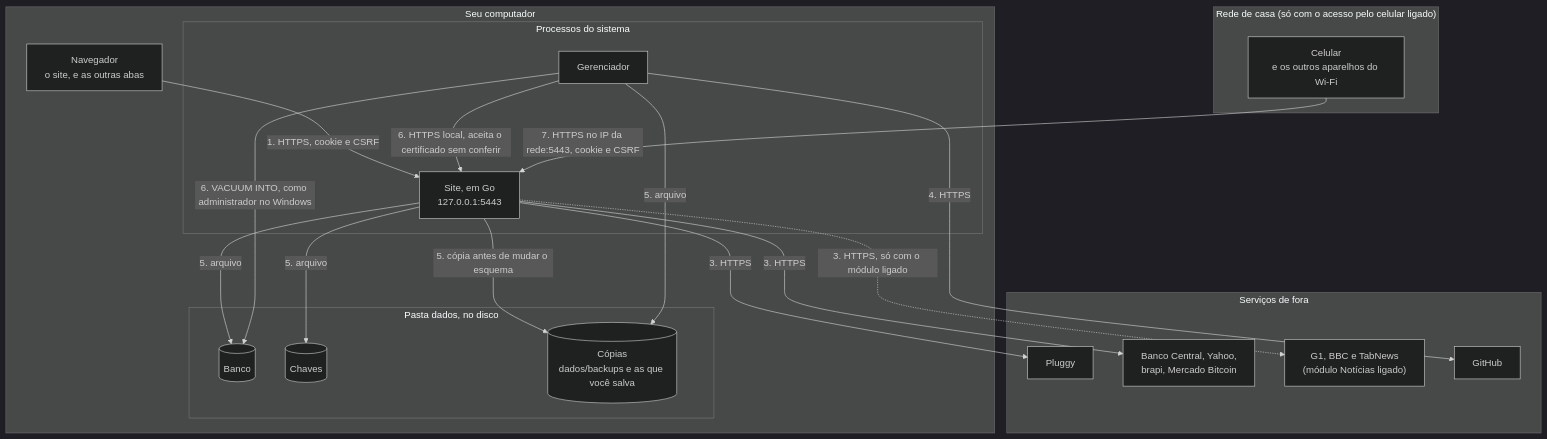
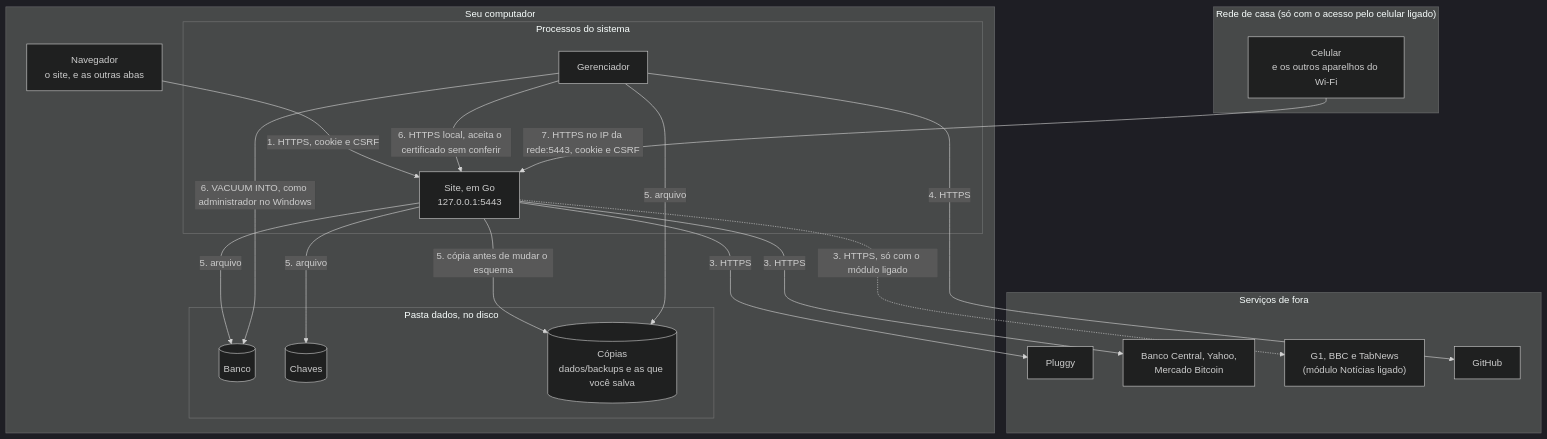
One commit to LucasDesenvGit/financas-local changed the diagram in docs/MODELO-DE-AMEACAS.md. Above: the diagram before and after it, drawn with Mermaid (dark theme). The commit also changed other lines of this file and 49 other files, not shown here.

First line of the commit message:
feat(investimentos): cotações de ações e FIIs só pelo Yahoo, sem a brapi (#763)

````diff
--- a/docs/MODELO-DE-AMEACAS.md
+++ b/docs/MODELO-DE-AMEACAS.md
@@ -25,41 +25,41 @@
 ```mermaid
 flowchart TB
     subgraph computador["Seu computador"]
         navegador["Navegador<br/>o site, e as outras abas"]
 
         subgraph processos["Processos do sistema"]
             api["Site, em Go<br/>127.0.0.1:5443"]
             gerenciador["Gerenciador"]
         end
 
         subgraph disco["Pasta dados, no disco"]
             banco[("Banco")]
             chaves[("Chaves")]
             copias[("Cópias<br/>dados/backups e as que você salva")]
         end
     end
 
     subgraph rede["Rede de casa (só com o acesso pelo celular ligado)"]
         celular["Celular<br/>e os outros aparelhos do Wi-Fi"]
     end
 
     subgraph internet["Serviços de fora"]
         pluggy["Pluggy"]
-        cotacoes["Banco Central, Yahoo,<br/>brapi, Mercado Bitcoin"]
+        cotacoes["Banco Central, Yahoo,<br/>Mercado Bitcoin"]
         noticias["G1, BBC e TabNews<br/>(módulo Notícias ligado)"]
         github["GitHub"]
     end
 
     navegador -- "1. HTTPS, cookie e CSRF" --> api
     api -- "3. HTTPS" --> pluggy
     api -- "3. HTTPS" --> cotacoes
     api -.->|"3. HTTPS, só com o módulo ligado"| noticias
     gerenciador -- "4. HTTPS" --> github
     api -- "5. arquivo" --> banco
     api -- "5. arquivo" --> chaves
     api -- "5. cópia antes de mudar o esquema" --> copias
     gerenciador -- "5. arquivo" --> copias
     gerenciador -- "6. HTTPS local, aceita o certificado sem conferir" --> api
     gerenciador -- "6. VACUUM INTO, como administrador no Windows" --> banco
     celular -- "7. HTTPS no IP da rede:5443, cookie e CSRF" --> api
 ```
````
